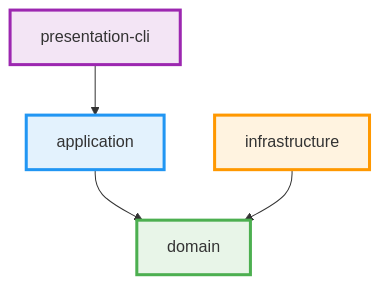
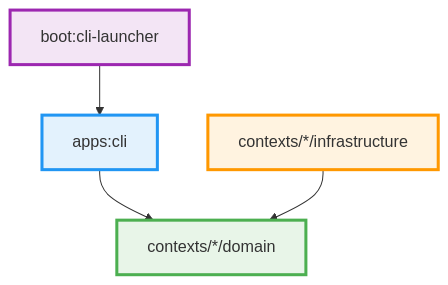
One commit to kamiazya/scopes changed the diagram in docs/guides/development-guidelines.md. Above: the diagram before and after it, drawn with Mermaid. The commit also changed other lines of this file and 387 other files, not shown here.

````diff
--- a/docs/guides/development-guidelines.md
+++ b/docs/guides/development-guidelines.md
@@ -21,21 +21,21 @@
 ```mermaid
 flowchart TD
-        CLI[presentation-cli]
-        APP[application]
-        DOM[domain]
-        INF[infrastructure]
+        CLI[boot:cli-launcher]
+        APP[apps:cli]
+        DOM[contexts/*/domain]
+        INF[contexts/*/infrastructure]
 
         CLI --> APP
         APP --> DOM
         INF --> DOM
 
         classDef domain fill:#e8f5e8,stroke:#4caf50,stroke-width:3px
         classDef application fill:#e3f2fd,stroke:#2196f3,stroke-width:3px
         classDef infrastructure fill:#fff3e0,stroke:#ff9800,stroke-width:3px
         classDef presentation fill:#f3e5f5,stroke:#9c27b0,stroke-width:3px
 
         class DOM domain
         class APP application
         class INF infrastructure
         class CLI presentation
 ```
````
